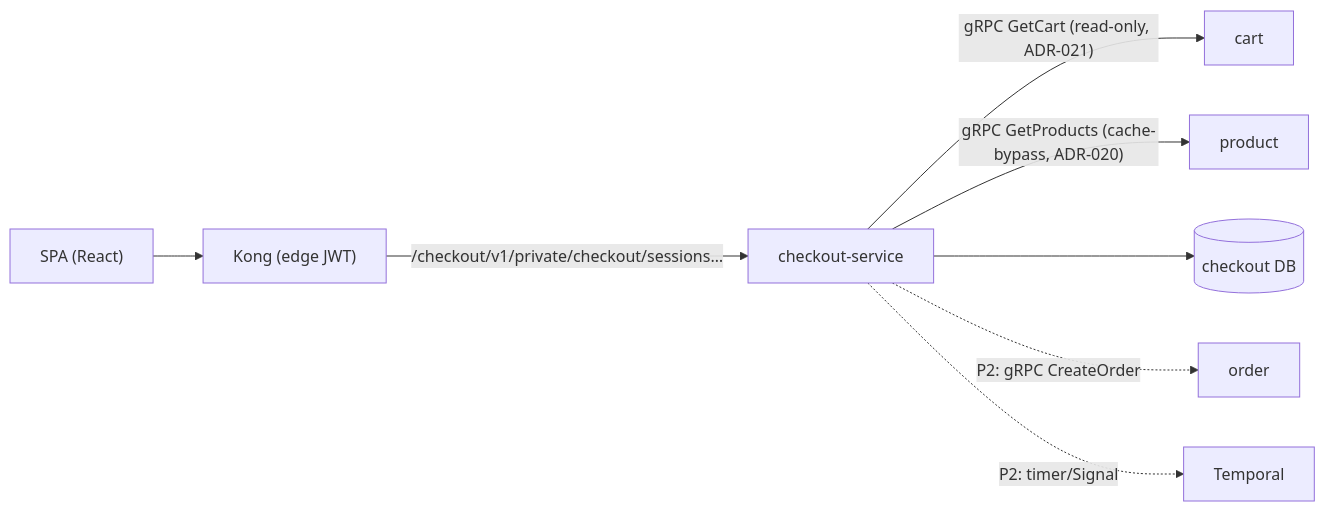
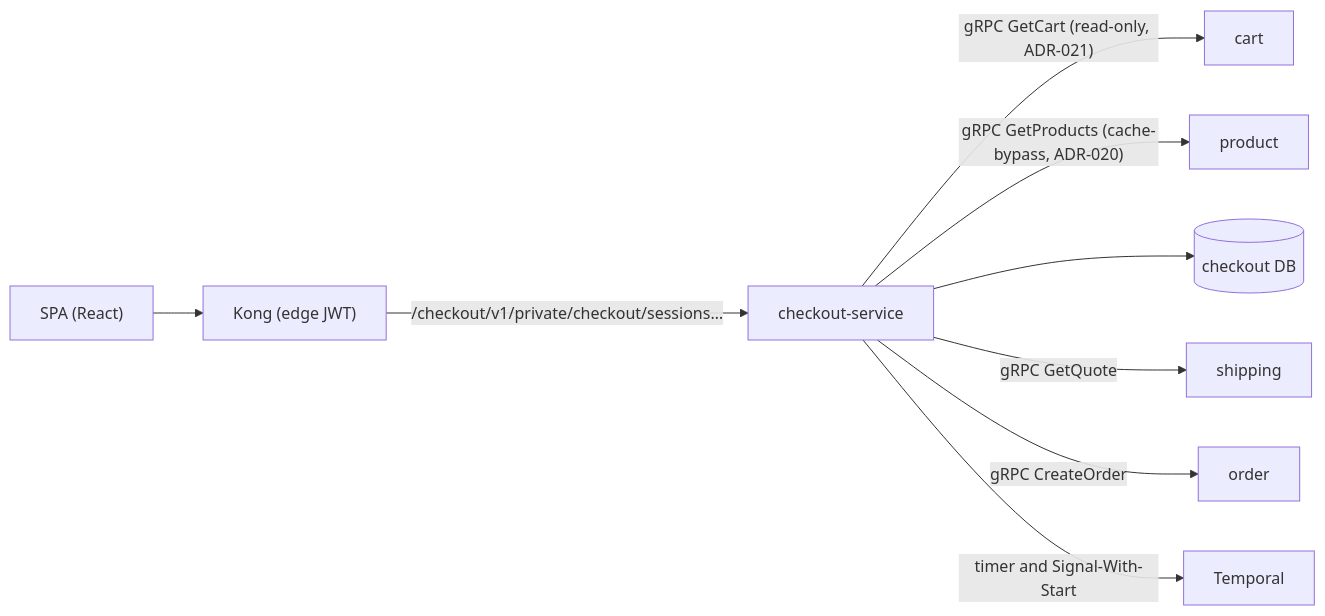
Before and after one commit to duynhlab/homelab: the second of 2 diagrams in docs/api/checkout.md, drawn with Mermaid. The commit also changed other lines of this file and 33 other files, not shown here.

````diff
--- a/docs/api/checkout.md
+++ b/docs/api/checkout.md
@@ -84,10 +84,11 @@
 ```mermaid
 flowchart LR
     SPA["SPA (React)"] --> Kong["Kong (edge JWT)"]
     Kong -->|"/checkout/v1/private/checkout/sessions…"| CK["checkout-service"]
     CK -->|"gRPC GetCart (read-only, ADR-021)"| CART[cart]
     CK -->|"gRPC GetProducts (cache-bypass, ADR-020)"| PROD[product]
     CK --> DB[(checkout DB)]
-    CK -.->|"P2: gRPC CreateOrder"| ORD[order]
-    CK -.->|"P2: timer/Signal"| TMP[Temporal]
+    CK -->|"gRPC GetQuote"| SHIP[shipping]
+    CK -->|"gRPC CreateOrder"| ORD[order]
+    CK -->|"timer and Signal-With-Start"| TMP[Temporal]
 ```
````
